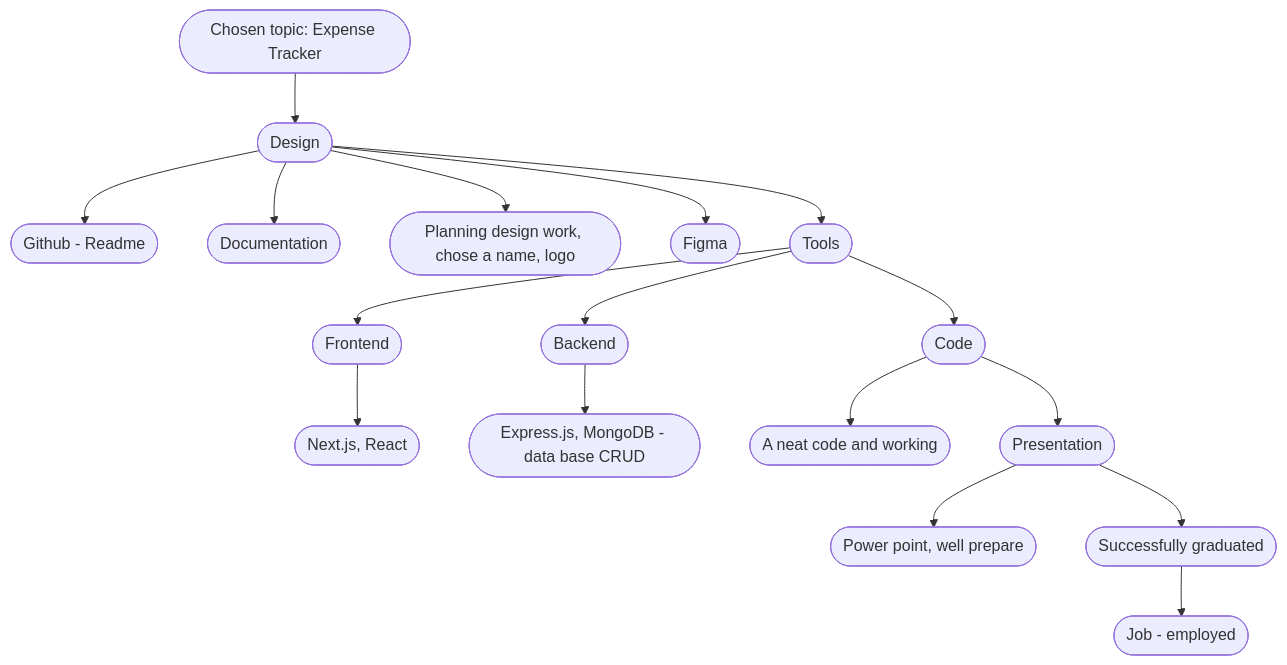
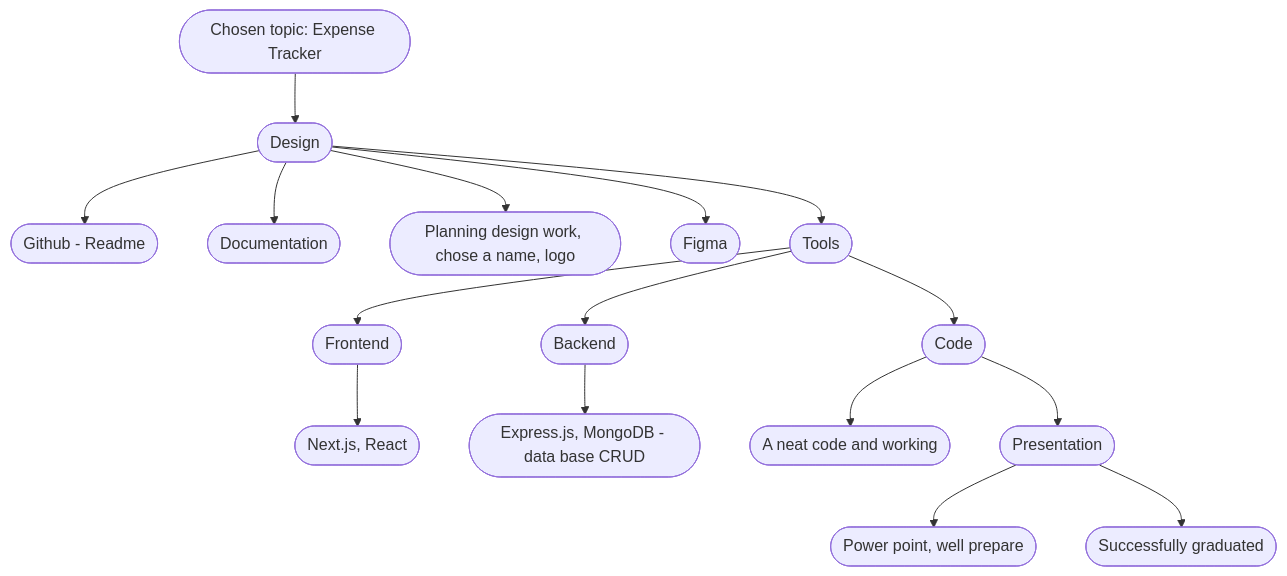
Before and after one commit to TSTavares/casptone-project: the diagram in README.md, drawn with Mermaid. The commit also changed other lines of this file and 9 other files, not shown here.

Commit message:
Styled Pages and create a chart

````diff
--- a/README.md
+++ b/README.md
@@ -57,22 +60,22 @@
 ```mermaid
   graph TB;
 
       A([Chosen topic: Expense Tracker ]) --> B([Design]);
       B([Design])-->B.1([Github - Readme]); 
       B([Design])-->B.2([Documentation]);
       B([Design])-->B.3([Planning design work, chose a name, logo]);
       B([Design])-->B.4([Figma]);
       B([Design])-->C([Tools]);
       C([Tools])-->C.1([Frontend]);
       C([Tools])-->C.2([Backend]);
       C.1([Frontend])-->C.3([Next.js, React]);
       C.2([Backend])-->C.5([Express.js, MongoDB - data base CRUD]);
       C([Tools])-->D([Code]);
       D([Code])-->D.1([A neat code and working]);
       D([Code])-->E([Presentation]);
       E([Presentation])-->E.1([Power point, well prepare]);
       E([Presentation])-->F([Successfully graduated]);
-      F([Successfully graduated])-->G([Job - employed]);
+    
       
 
 ```
````
